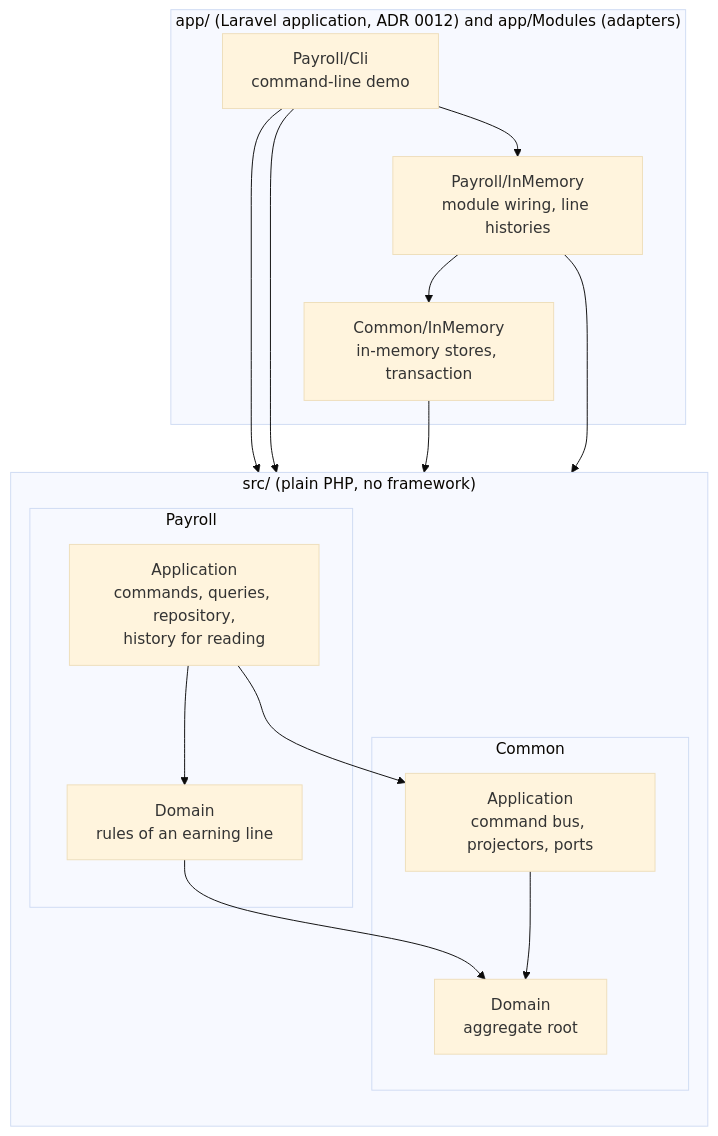
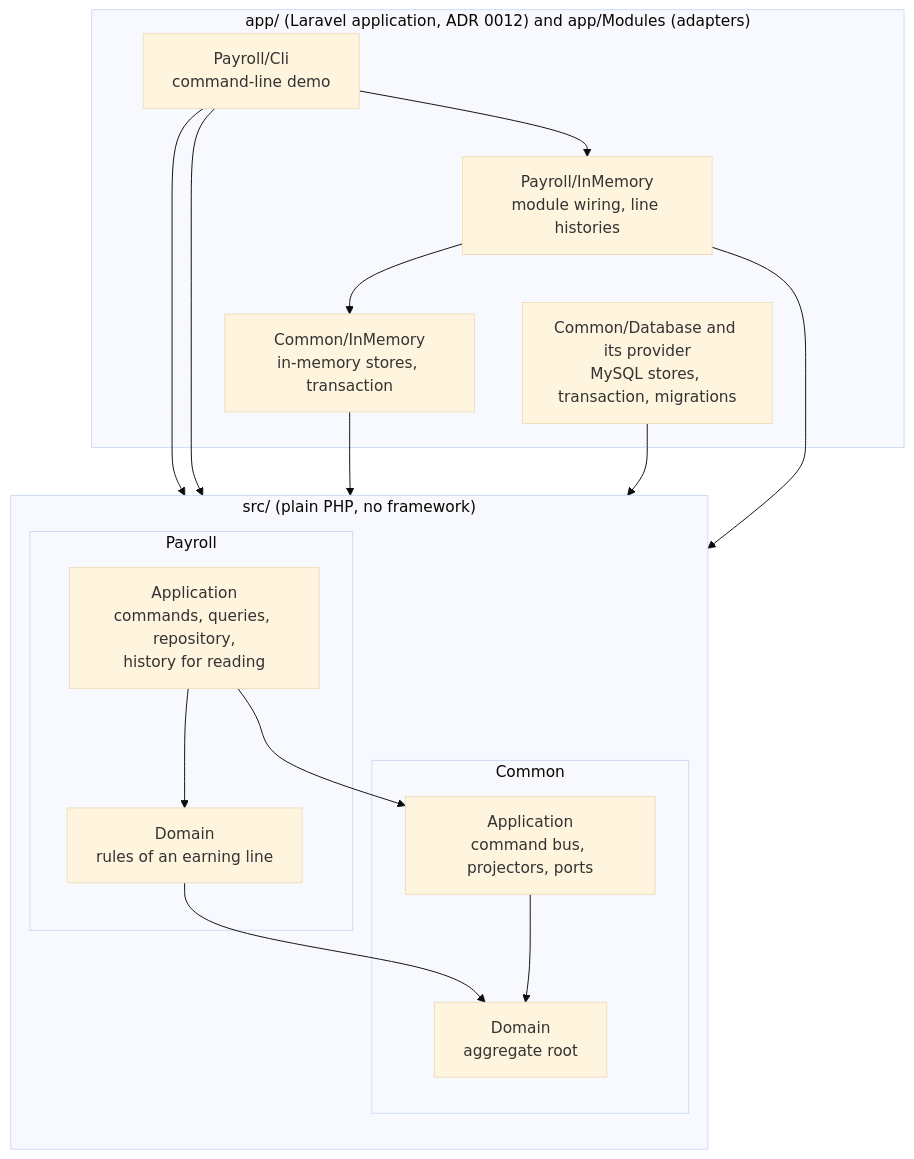
Before and after one commit to ddmytruk/line: the diagram in docs/architecture.md, drawn with Mermaid (base theme). The commit also changed 33 other files, not shown here.

First line of the commit message:
feat(common): event store, processed commands and transaction in MySQL

````diff
--- a/docs/architecture.md
+++ b/docs/architecture.md
@@ -7,29 +7,31 @@
 ```mermaid
 flowchart TB
     subgraph src["src/ (plain PHP, no framework)"]
         direction TB
         subgraph payroll["Payroll"]
             pa["Application<br/>commands, queries, repository,<br/>history for reading"]
             pd["Domain<br/>rules of an earning line"]
         end
         subgraph common["Common"]
             ca["Application<br/>command bus, projectors, ports"]
             cd["Domain<br/>aggregate root"]
         end
     end
     subgraph app["app/ (Laravel application, ADR 0012) and app/Modules (adapters)"]
         cli["Payroll/Cli<br/>command-line demo"]
         pmod["Payroll/InMemory<br/>module wiring, line histories"]
         mem["Common/InMemory<br/>in-memory stores, transaction"]
+        db["Common/Database and its provider<br/>MySQL stores, transaction, migrations"]
     end
     cli --> pmod
     cli --> pa
     cli --> pd
     mem --> ca
+    db --> ca
     pmod --> pa
     pmod --> mem
     pa --> pd
     pa --> ca
     pd --> cd
     ca --> cd
 ```
````
